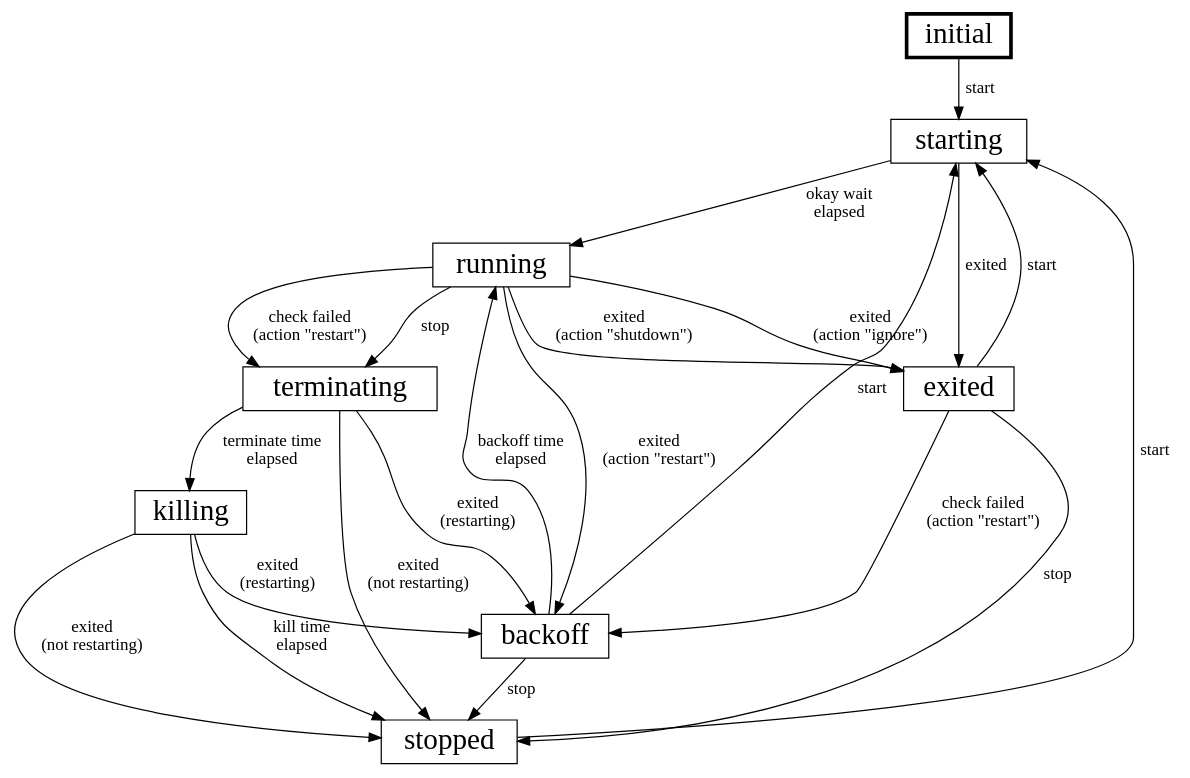
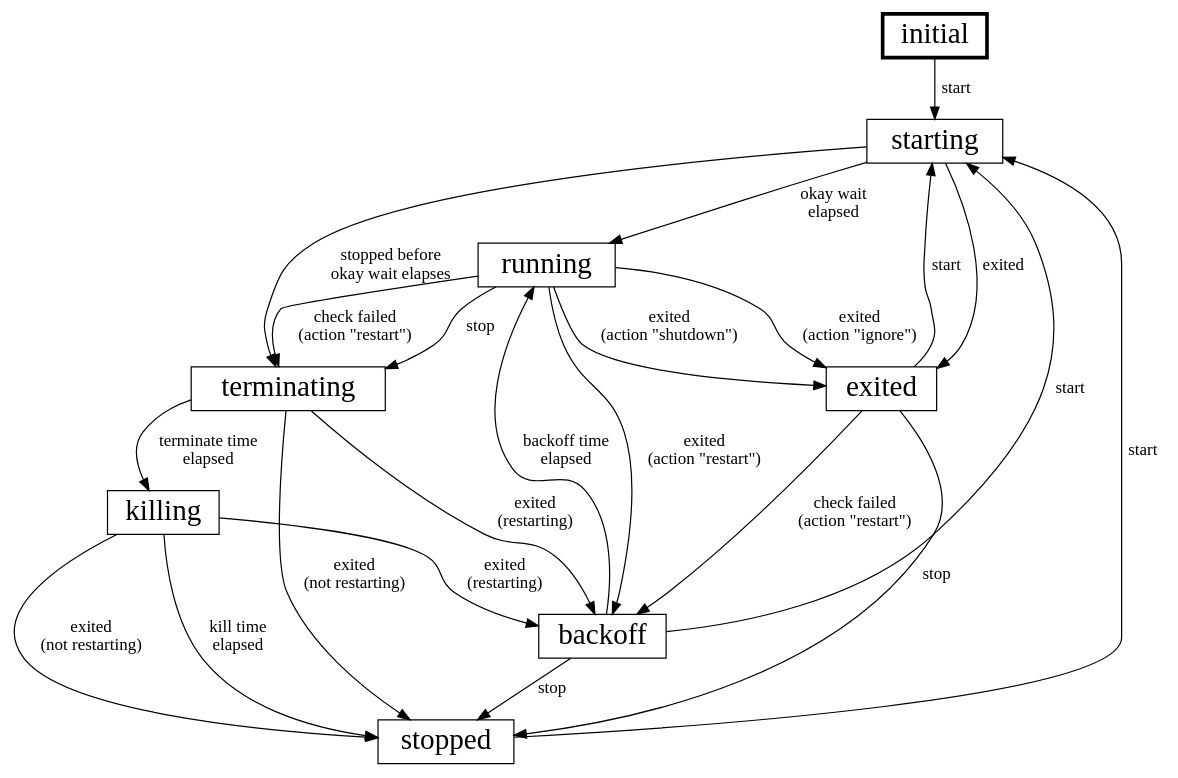
Before and after one commit to canonical/pebble: the diagram in internals/overlord/servstate/state-diagram.dot, drawn with Graphviz. The commit also changed 1 other file, not shown here.

Commit message:
chore: update state transfer graph

```diff
--- a/internals/overlord/servstate/state-diagram.dot
+++ b/internals/overlord/servstate/state-diagram.dot
@@ -1,25 +1,26 @@
 # Create SVG with the following graphviz command:
 #
 # dot -Tsvg internals/overlord/servstate/state-diagram.dot -o ./internals/overlord/servstate/state-diagram.svg
 
 digraph service_state_machine {
     node [penwidth=3 shape=box fontsize=24] initial
     node [penwidth=1]
     initial -> starting [label="start"]
     starting -> running [label="okay wait\nelapsed"]
+    starting -> terminating [label="stopped before\nokay wait elapses"]
     running -> terminating [label="stop"]
     running -> terminating [label="check failed\n(action \"restart\")"]
     terminating -> killing [label="terminate time\nelapsed"]
     {terminating, killing} -> stopped [label="exited\n(not restarting)"]
     {terminating, killing} -> backoff [label="exited\n(restarting)"]
     exited -> stopped [label="stop"]
     starting -> exited [label="exited"]
     {backoff, stopped, exited} -> starting [label="start"]
     running -> exited [label="exited\n(action \"ignore\")"]
     running -> exited [label="exited\n(action \"shutdown\")"]
     running -> backoff [label="exited\n(action \"restart\")"]
     backoff -> stopped [label="stop"]
     backoff -> running [label="backoff time\nelapsed"]
     killing -> stopped [label="kill time\nelapsed"]
     exited -> backoff [label="check failed\n(action \"restart\")"]
 }
```
